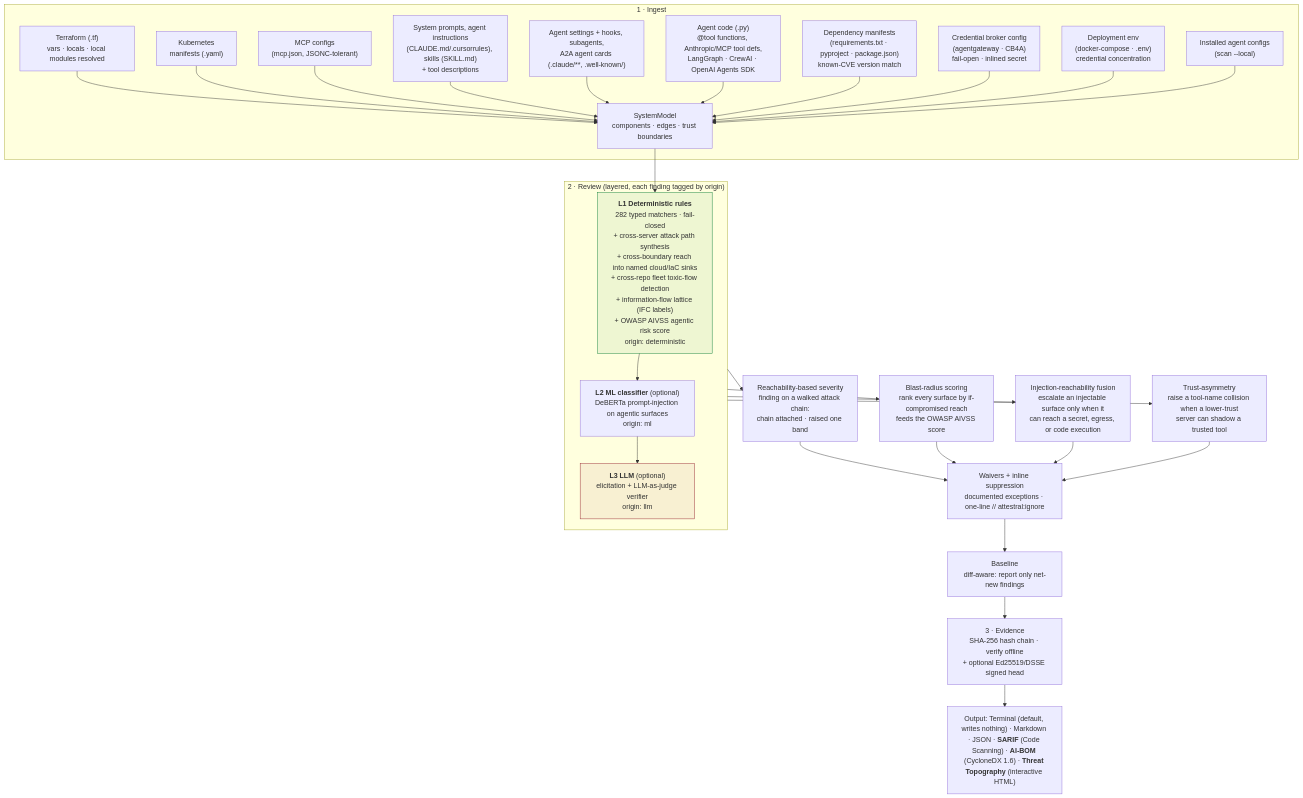
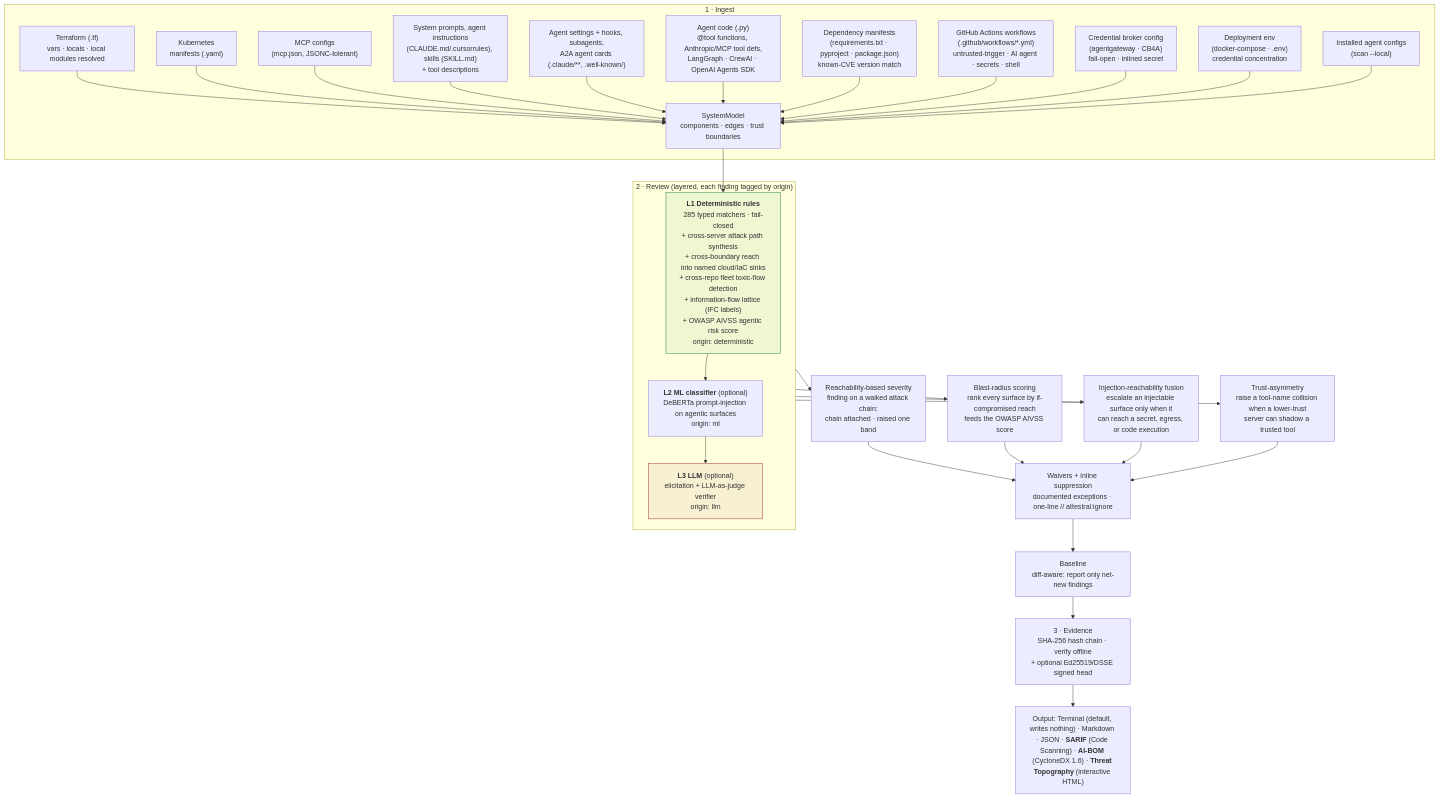
Before and after one commit to attestral-labs/attestral: the first of 5 diagrams in README.md, drawn with Mermaid. The commit also changed other lines of this file and 42 other files, not shown here.

````diff
--- a/README.md
+++ b/README.md
@@ -124,36 +124,37 @@
 ```mermaid
 flowchart TB
     subgraph ING["1 · Ingest"]
         TF["Terraform (.tf)<br/>vars · locals · local modules resolved"] --> M
         K8S["Kubernetes<br/>manifests (.yaml)"] --> M
         MCP["MCP configs<br/>(mcp.json, JSONC-tolerant)"] --> M
         SP["System prompts, agent instructions<br/>(CLAUDE.md/.cursorrules), skills (SKILL.md)<br/>+ tool descriptions"] --> M
         AC["Agent settings + hooks, subagents,<br/>A2A agent cards (.claude/**, .well-known/)"] --> M
         CODE["Agent code (.py)<br/>@tool functions, Anthropic/MCP tool defs,<br/>LangGraph · CrewAI · OpenAI Agents SDK"] --> M
         DEP["Dependency manifests<br/>(requirements.txt · pyproject · package.json)<br/>known-CVE version match"] --> M
+        GHA["GitHub Actions workflows<br/>(.github/workflows/*.yml)<br/>untrusted-trigger · AI agent · secrets · shell"] --> M
         GW["Credential broker config<br/>(agentgateway · CB4A)<br/>fail-open · inlined secret"] --> M
         DENV["Deployment env<br/>(docker-compose · .env)<br/>credential concentration"] --> M
         LC["Installed agent configs<br/>(scan --local)"] --> M
         M["SystemModel<br/>components · edges · trust boundaries"]
     end
     M --> L1
     subgraph REV["2 · Review (layered, each finding tagged by origin)"]
-        L1["<b>L1 Deterministic rules</b><br/>282 typed matchers · fail-closed<br/>+ cross-server attack path synthesis<br/>+ cross-boundary reach into named cloud/IaC sinks<br/>+ cross-repo fleet toxic-flow detection<br/>+ information-flow lattice (IFC labels)<br/>+ OWASP AIVSS agentic risk score<br/>origin: deterministic"]
+        L1["<b>L1 Deterministic rules</b><br/>285 typed matchers · fail-closed<br/>+ cross-server attack path synthesis<br/>+ cross-boundary reach into named cloud/IaC sinks<br/>+ cross-repo fleet toxic-flow detection<br/>+ information-flow lattice (IFC labels)<br/>+ OWASP AIVSS agentic risk score<br/>origin: deterministic"]
         L2["<b>L2 ML classifier</b> (optional)<br/>DeBERTa prompt-injection on agentic surfaces<br/>origin: ml"]
         L3["<b>L3 LLM</b> (optional)<br/>elicitation + LLM-as-judge verifier<br/>origin: llm"]
         L1 --> L2 --> L3
     end
     REV --> RS["Reachability-based severity<br/>finding on a walked attack chain:<br/>chain attached · raised one band"]
     REV --> BR["Blast-radius scoring<br/>rank every surface by if-compromised reach<br/>feeds the OWASP AIVSS score"]
     REV --> IR["Injection-reachability fusion<br/>escalate an injectable surface only when it<br/>can reach a secret, egress, or code execution"]
     REV --> TA["Trust-asymmetry<br/>raise a tool-name collision when a lower-trust<br/>server can shadow a trusted tool"]
     RS --> W["Waivers + inline suppression<br/>documented exceptions · one-line // attestral:ignore"]
     BR --> W
     IR --> W
     TA --> W
     W --> BL["Baseline<br/>diff-aware: report only net-new findings"]
     BL --> EV["3 · Evidence<br/>SHA-256 hash chain · verify offline<br/>+ optional Ed25519/DSSE signed head"]
     EV --> OUT["Output: Terminal (default, writes nothing) · Markdown · JSON · <b>SARIF</b> (Code Scanning) · <b>AI-BOM</b> (CycloneDX 1.6) · <b>Threat Topography</b> (interactive HTML)"]
     style L1 fill:#0a7d3611,stroke:#0a7d36
     style L3 fill:#96222E11,stroke:#96222E
 ```
````
